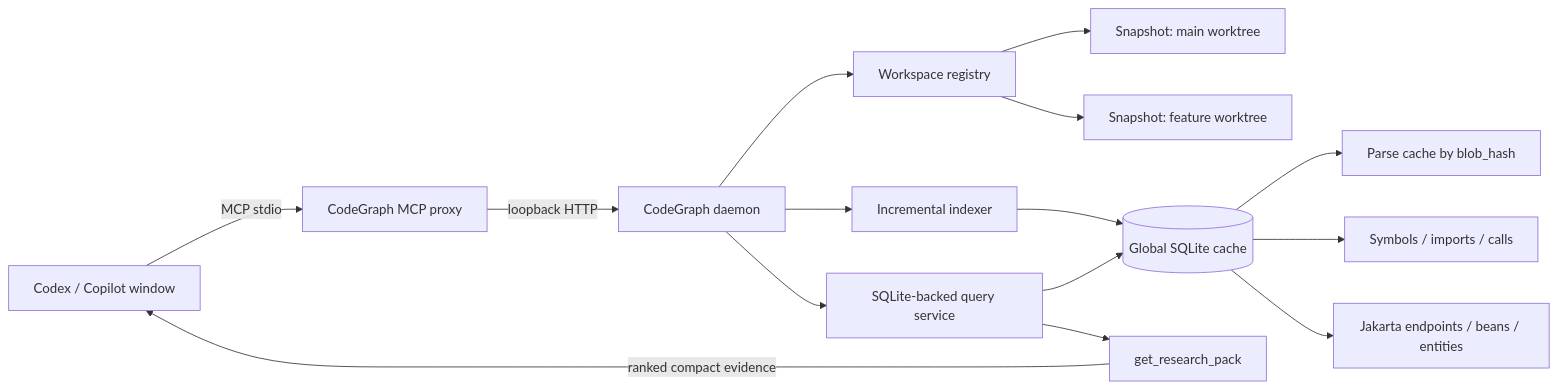
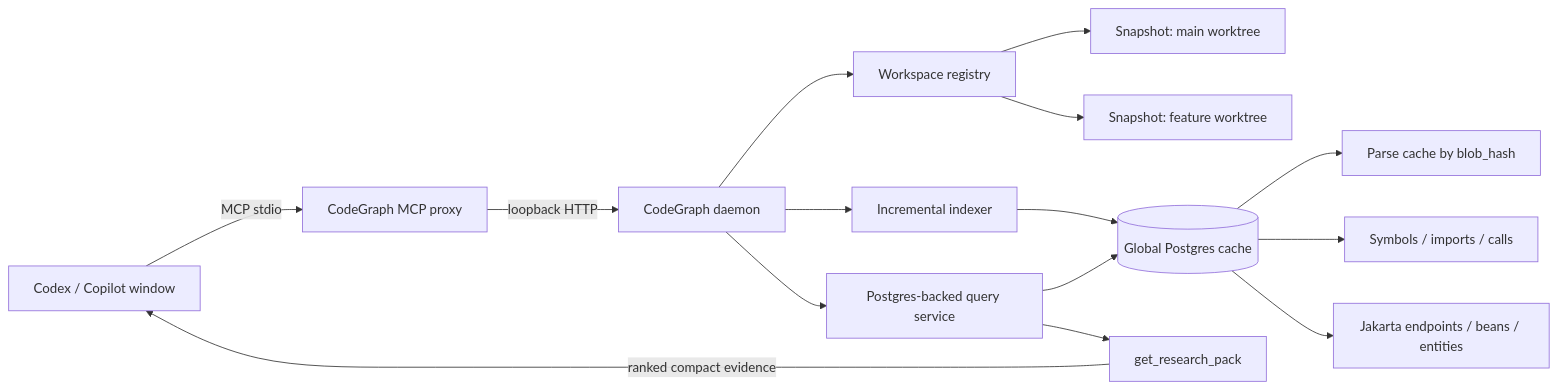
Before and after one commit to vndkubi/code-graph: the first of 4 diagrams in README.md, drawn with Mermaid. The commit also changed other lines of this file and 27 other files, not shown here.

````diff
--- a/README.md
+++ b/README.md
@@ -1092,22 +1107,22 @@
 ```mermaid
 flowchart LR
   A["Codex / Copilot window"] -->|MCP stdio| P["CodeGraph MCP proxy"]
   P -->|loopback HTTP| D["CodeGraph daemon"]
 
   D --> W["Workspace registry"]
   W --> S1["Snapshot: main worktree"]
   W --> S2["Snapshot: feature worktree"]
 
   D --> I["Incremental indexer"]
-  D --> Q["SQLite-backed query service"]
+  D --> Q["Postgres-backed query service"]
 
-  I --> DB[("Global SQLite cache")]
+  I --> DB[("Global Postgres cache")]
   Q --> DB
 
   DB --> PC["Parse cache by blob_hash"]
   DB --> SG["Symbols / imports / calls"]
   DB --> JJ["Jakarta endpoints / beans / entities"]
 
   Q --> RP["get_research_pack"]
   RP -->|ranked compact evidence| A
 ```
````
